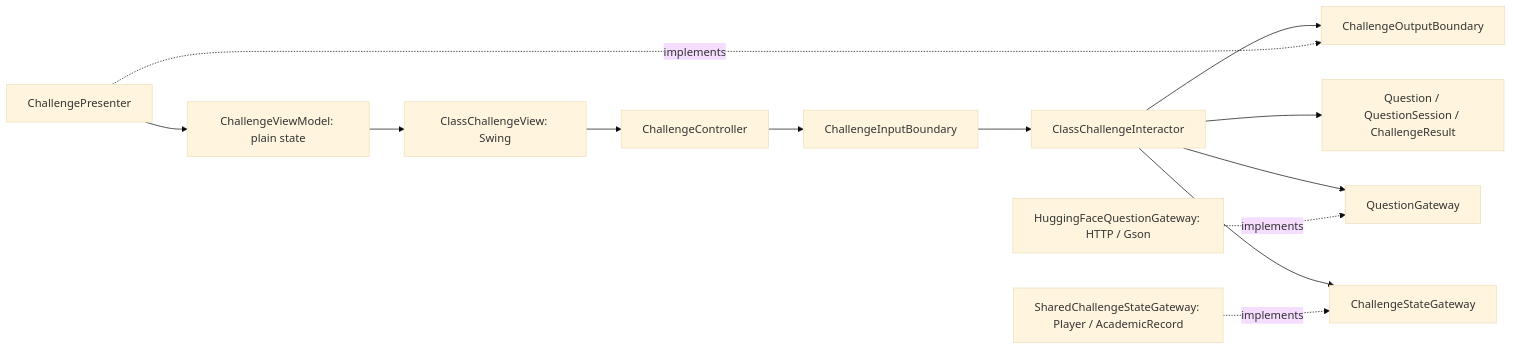
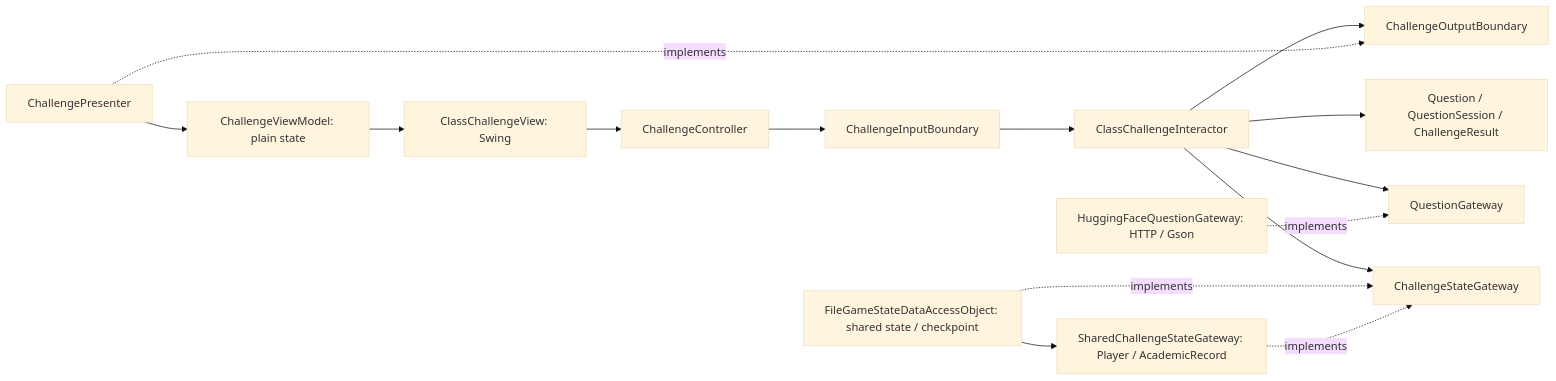
The first of 2 diagrams in docs/uc2-integration.md (yuanyx233/team-project), drawn with Mermaid (base theme) before and after one commit. The commit also changed other lines of this file and 2 other files, not shown here.

Commit message:
fix(uc2): reuse the adapter in shared game state (#25)

````diff
--- a/docs/uc2-integration.md
+++ b/docs/uc2-integration.md
@@ -24,15 +24,17 @@
 ```mermaid
 flowchart LR
     V[ClassChallengeView: Swing] --> C[ChallengeController]
     C --> I[ChallengeInputBoundary]
     I --> U[ClassChallengeInteractor]
     U --> E[Question / QuestionSession / ChallengeResult]
     U --> Q[QuestionGateway]
     H[HuggingFaceQuestionGateway: HTTP / Gson] -. implements .-> Q
     U --> S[ChallengeStateGateway]
+    D[FileGameStateDataAccessObject: shared state / checkpoint] -. implements .-> S
+    D --> A
     A[SharedChallengeStateGateway: Player / AcademicRecord] -. implements .-> S
     U --> O[ChallengeOutputBoundary]
     P[ChallengePresenter] -. implements .-> O
     P --> M[ChallengeViewModel: plain state]
     M --> V
 ```
````
